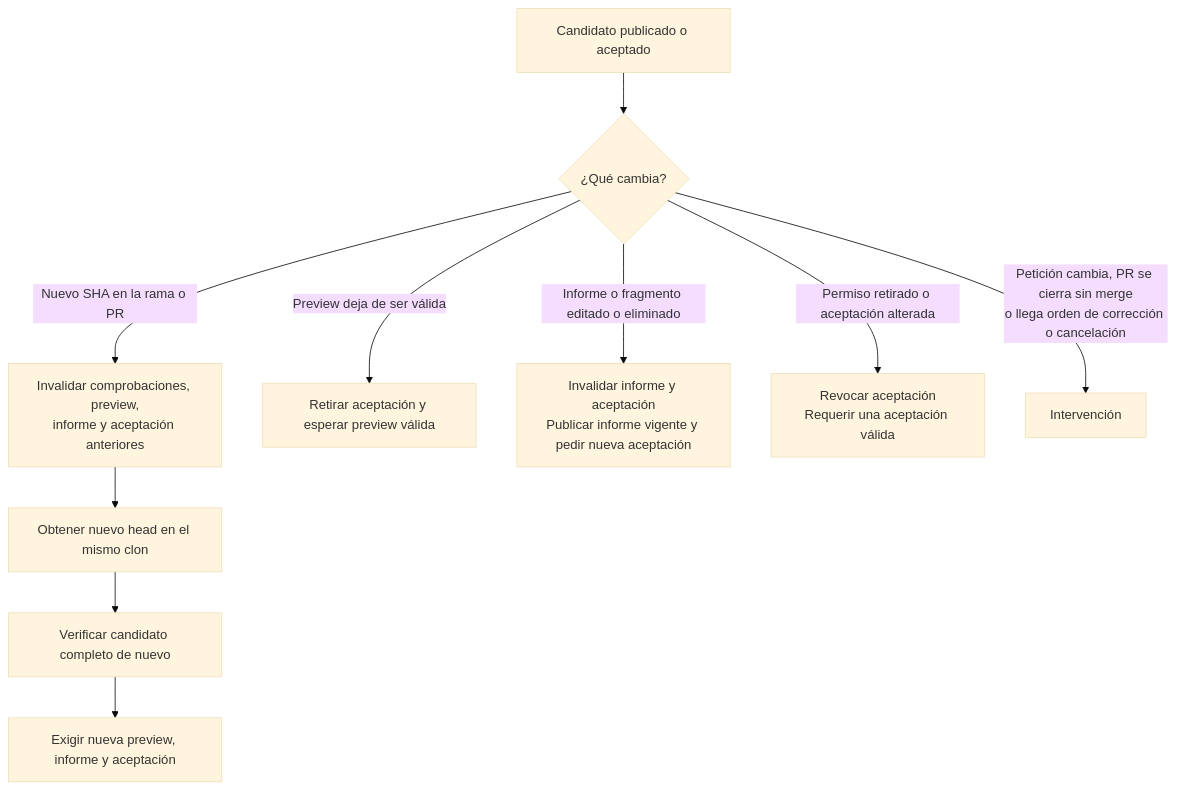
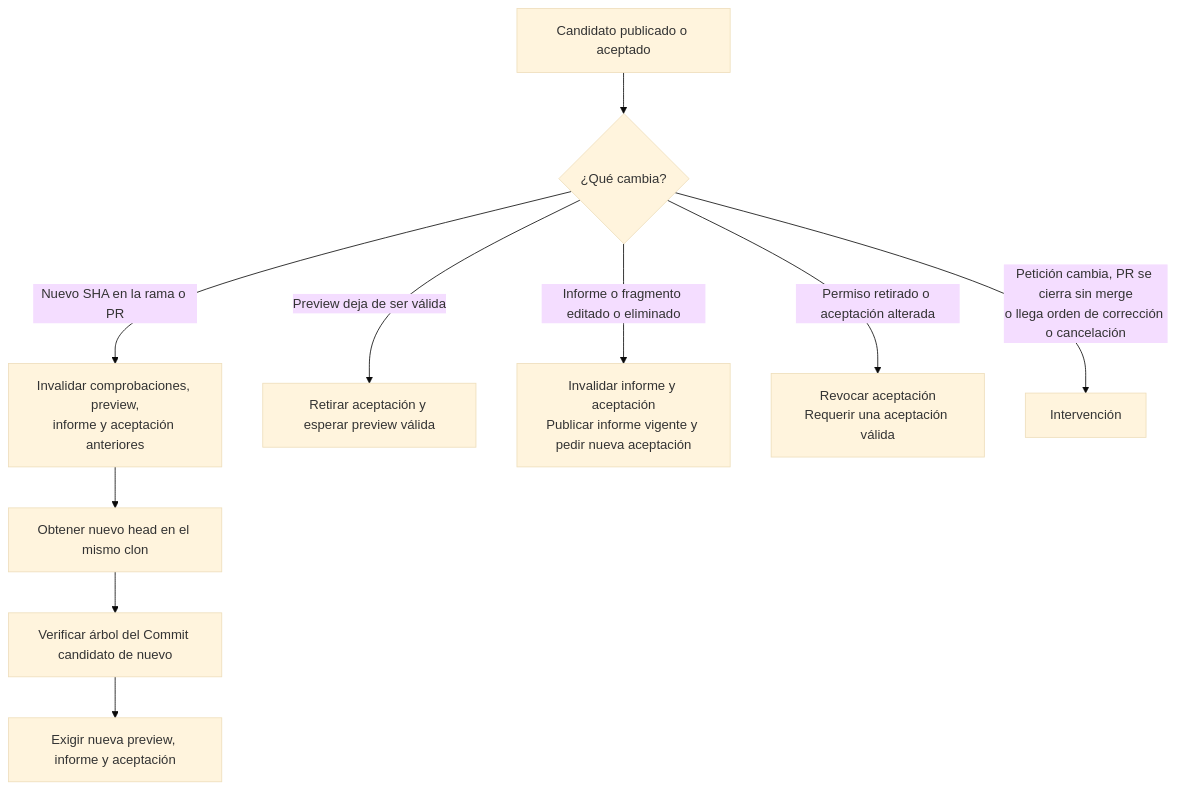
Before and after one commit to rubenbp/app-foundry: the fourth of 4 diagrams in docs/manual/03-verificacion-y-aceptacion.md, drawn with Mermaid (base theme). The commit also changed other lines of this file and 35 other files, not shown here.

Commit message:
Ajusta términos de issue y commit candidato

````diff
--- a/docs/manual/03-verificacion-y-aceptacion.md
+++ b/docs/manual/03-verificacion-y-aceptacion.md
@@ -101,12 +101,12 @@
 ```mermaid
 flowchart TD
     A["Candidato publicado o aceptado"] --> C{"¿Qué cambia?"}
     C -->|"Nuevo SHA en la rama o PR"| V["Invalidar comprobaciones, preview,<br/>informe y aceptación anteriores"]
     V --> F["Obtener nuevo head en el mismo clon"]
-    F --> T["Verificar candidato completo de nuevo"]
+    F --> T["Verificar árbol del Commit candidato de nuevo"]
     T --> R["Exigir nueva preview, informe y aceptación"]
     C -->|"Preview deja de ser válida"| P["Retirar aceptación y esperar preview válida"]
     C -->|"Informe o fragmento editado o eliminado"| I["Invalidar informe y aceptación<br/>Publicar informe vigente y pedir nueva aceptación"]
     C -->|"Permiso retirado o aceptación alterada"| H["Revocar aceptación<br/>Requerir una aceptación válida"]
     C -->|"Petición cambia, PR se cierra sin merge<br/>o llega orden de corrección o cancelación"| X["Intervención"]
 ```
````
